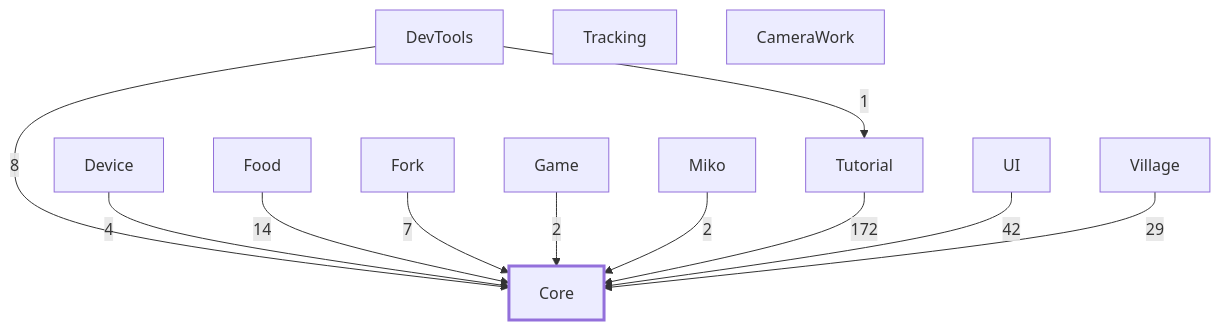
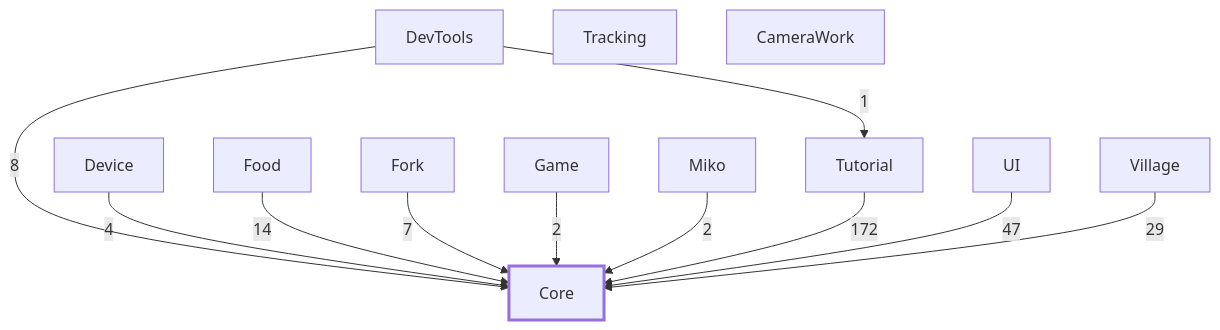
The first of 3 diagrams in docs/api/diagrams.md (Fialuxe/MouthOfGod_System), drawn with Mermaid before and after one commit. The commit also changed 7 other files, not shown here.

````diff
--- a/docs/api/diagrams.md
+++ b/docs/api/diagrams.md
@@ -12,17 +12,17 @@
 ```mermaid
 flowchart TB
   DevTools -->|8| Core
   DevTools -->|1| Tutorial
   Device -->|4| Core
   Food -->|14| Core
   Fork -->|7| Core
   Game -->|2| Core
   Miko -->|2| Core
   Tutorial -->|172| Core
-  UI -->|42| Core
+  UI -->|47| Core
   Village -->|29| Core
   Tracking
   CameraWork
   classDef core stroke-width:3px
   class Core core
 ```
````
